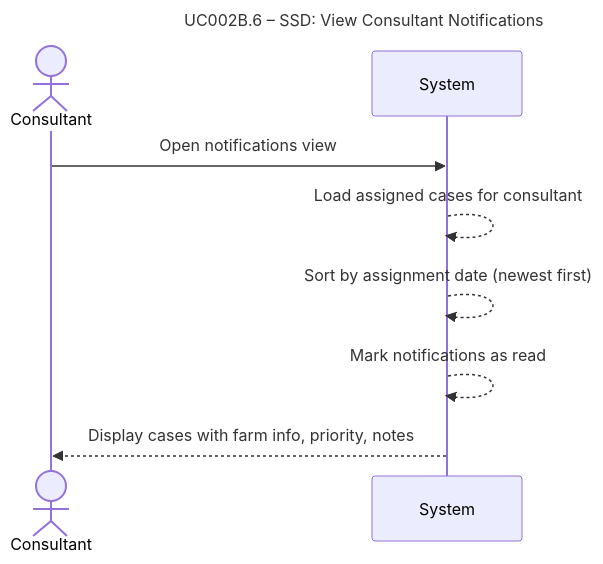
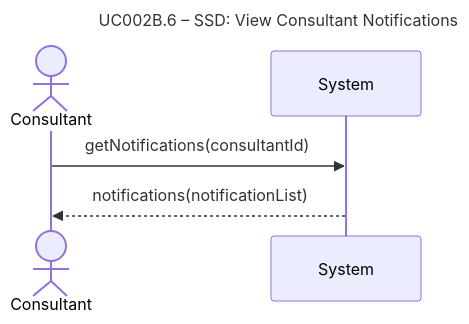
The diagram in docs/UseCase002B-AssignNatureCheckCase/UserStories/UC002B.6-ViewConsultantNotifications/UC002B.6-SSD.md (DMOoF25-TEAM11/ArlaNatureConnect), drawn with Mermaid before and after one commit. The commit also changed other lines of this file and 65 other files, not shown here.

Commit message:
Update of UML

````diff
--- a/docs/UseCase002B-AssignNatureCheckCase/UserStories/UC002B.6-ViewConsultantNotifications/UC002B.6-SSD.md
+++ b/docs/UseCase002B-AssignNatureCheckCase/UserStories/UC002B.6-ViewConsultantNotifications/UC002B.6-SSD.md
@@ -3,13 +5,10 @@
 ```mermaid
 sequenceDiagram
     title UC002B.6 – SSD: View Consultant Notifications
 
     actor Consultant as Consultant
     participant System as System
 
-    Consultant ->> System: Open notifications view
-    System -->> System: Load assigned cases for consultant
-    System -->> System: Sort by assignment date (newest first)
-    System -->> System: Mark notifications as read
-    System -->> Consultant: Display cases with farm info, priority, notes
+    Consultant ->> System: getNotifications(consultantId)
+    System -->> Consultant: notifications(notificationList)
 ```
````
